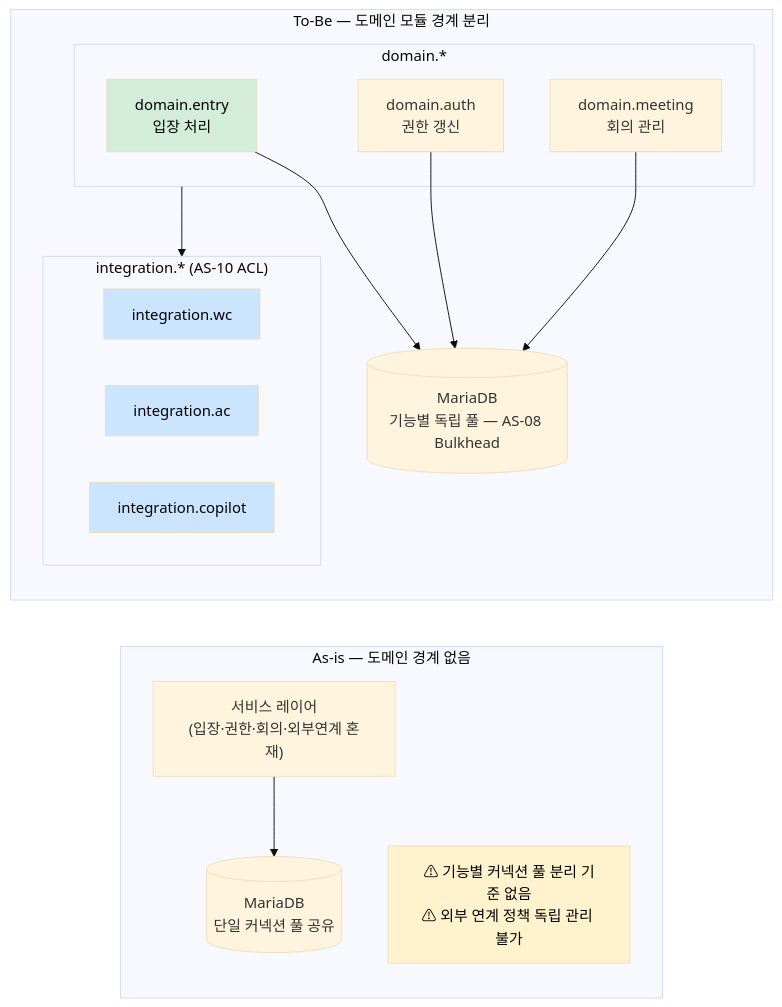
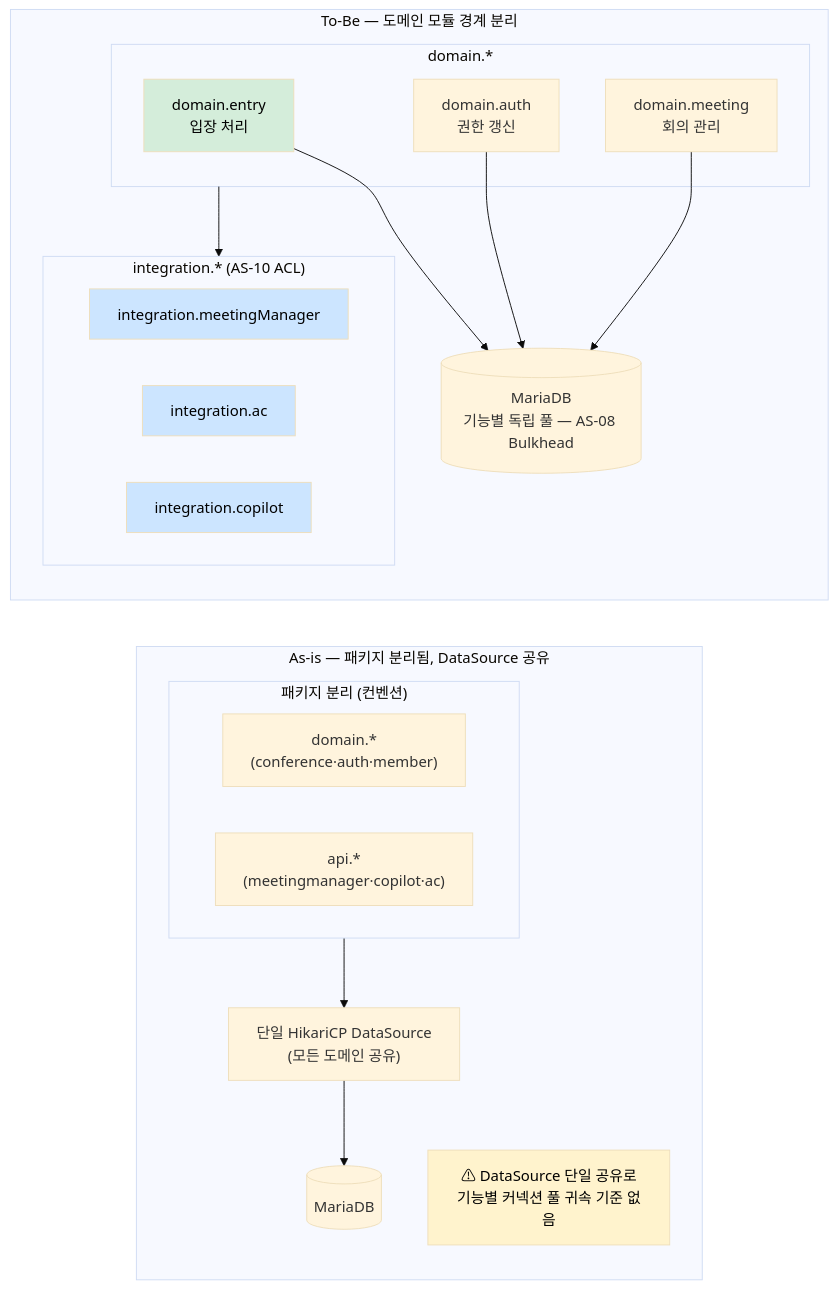
One commit to sujinnkim/A_Personal changed the fourth of 40 diagrams in report/3/3.2-아키텍처문제분석및설계전략.md. Above: the diagram before and after it, drawn with Mermaid (base theme). The commit also changed other lines of this file and 3 other files, not shown here.

````diff
--- a/report/3/3.2-아키텍처문제분석및설계전략.md
+++ b/report/3/3.2-아키텍처문제분석및설계전략.md
@@ -169,35 +173,39 @@
 ```mermaid
 flowchart LR
-    subgraph BEFORE["As-is — 도메인 경계 없음"]
+    subgraph BEFORE["As-is — 패키지 분리됨, DataSource 공유"]
         direction TB
-        SVC["서비스 레이어\n(입장·권한·회의·외부연계 혼재)"]
-        DB_B[("MariaDB\n단일 커넥션 풀 공유")]
-        SVC --> DB_B
-        NOTE_B["⚠ 기능별 커넥션 풀 분리 기준 없음\n⚠ 외부 연계 정책 독립 관리 불가"]
+        subgraph PKGS["패키지 분리 (컨벤션)"]
+            D_B["domain.*\n(conference·auth·member)"]
+            A_B["api.*\n(meetingmanager·copilot·ac)"]
+        end
+        DS_B["단일 HikariCP DataSource\n(모든 도메인 공유)"]
+        DB_B[("MariaDB")]
+        PKGS --> DS_B --> DB_B
+        NOTE_B["⚠ DataSource 단일 공유로\n기능별 커넥션 풀 귀속 기준 없음"]
     end
 
     subgraph AFTER["To-Be — 도메인 모듈 경계 분리"]
         direction TB
         subgraph DOMAIN["domain.*"]
             D1["domain.entry\n입장 처리"]
             D2["domain.auth\n권한 갱신"]
             D3["domain.meeting\n회의 관리"]
         end
         subgraph INTEGRATION["integration.*  (AS-10 ACL)"]
-            I1["integration.wc"]
+            I1["integration.meetingManager"]
             I2["integration.ac"]
             I3["integration.copilot"]
         end
         DB_A[("MariaDB\n기능별 독립 풀 — AS-08 Bulkhead")]
         DOMAIN --> INTEGRATION
         D1 --> DB_A
         D2 --> DB_A
         D3 --> DB_A
     end
 
     style NOTE_B fill:#fff3cd,color:#000
     style D1 fill:#d4edda,color:#000
     style I1 fill:#cce5ff,color:#000
     style I2 fill:#cce5ff,color:#000
     style I3 fill:#cce5ff,color:#000
 ```
````
